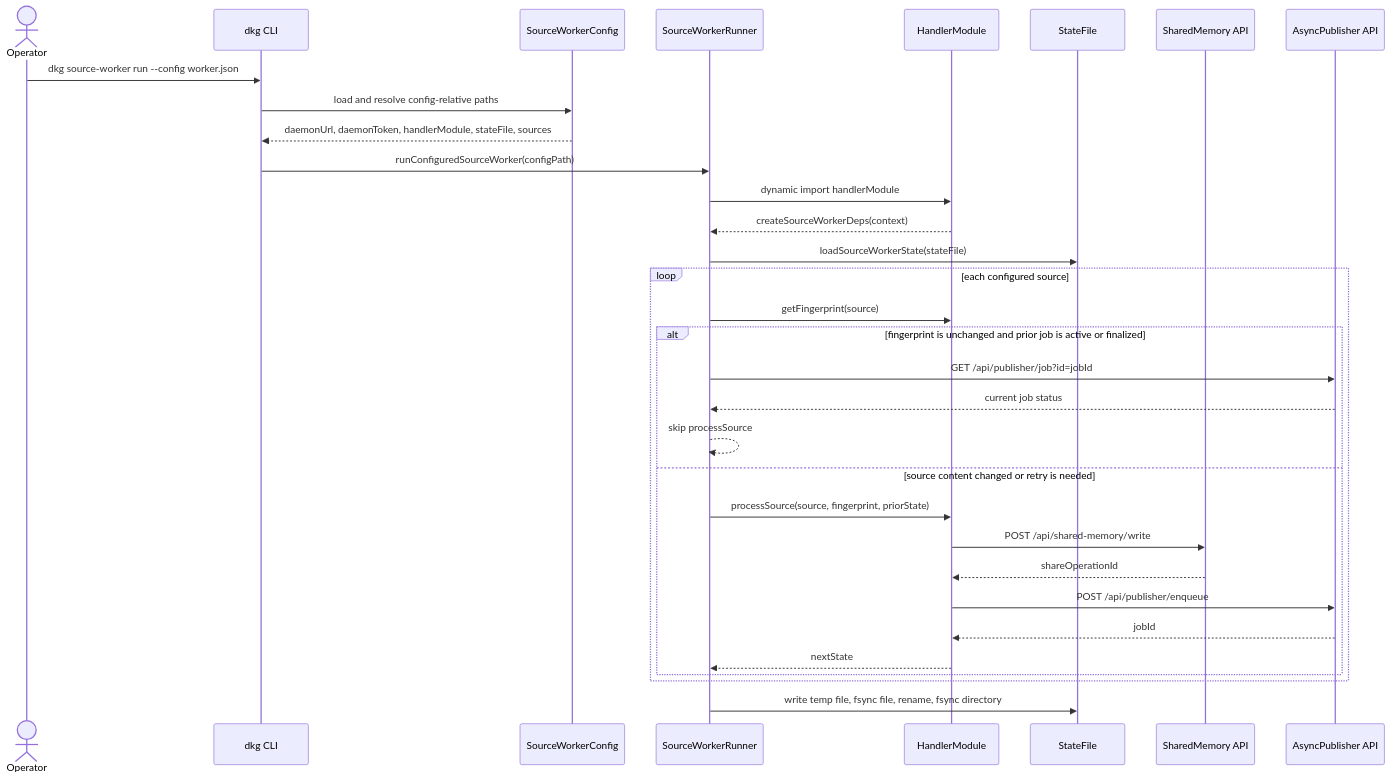
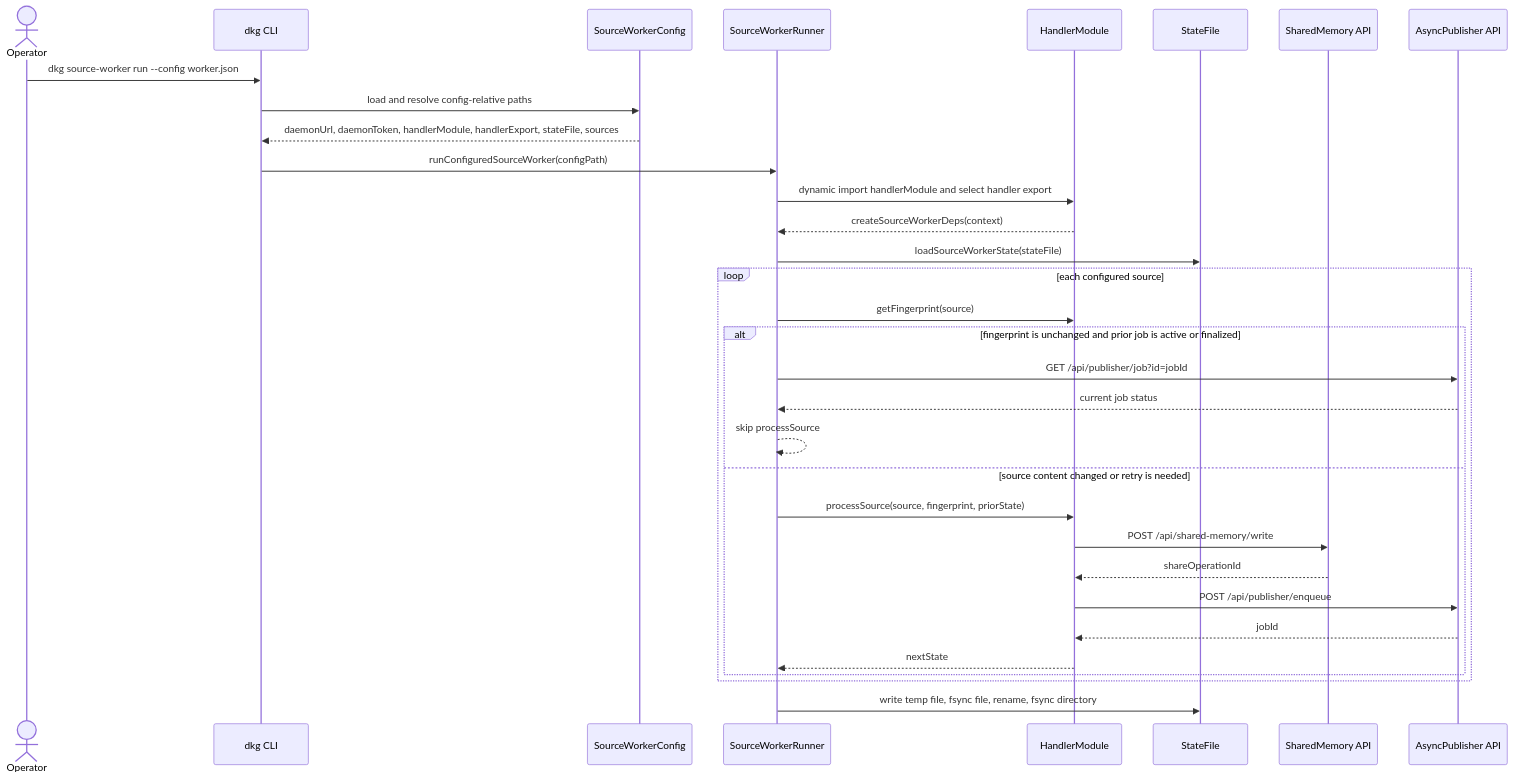
The second of 3 diagrams in ARCHITECTURE.md (KilianTrunk/dkg), drawn with Mermaid before and after one commit. The commit also changed other lines of this file and 4 other files, not shown here.

````diff
--- a/ARCHITECTURE.md
+++ b/ARCHITECTURE.md
@@ -103,35 +105,35 @@
 ```mermaid
 sequenceDiagram
 actor Operator
 participant CLI as dkg CLI
 participant Config as SourceWorkerConfig
 participant Runner as SourceWorkerRunner
 participant Handler as HandlerModule
 participant State as StateFile
 participant SWM as SharedMemory API
 participant Publisher as AsyncPublisher API
 
 Operator->>CLI: dkg source-worker run --config worker.json
 CLI->>Config: load and resolve config-relative paths
-Config-->>CLI: daemonUrl, daemonToken, handlerModule, stateFile, sources
+Config-->>CLI: daemonUrl, daemonToken, handlerModule, handlerExport, stateFile, sources
 CLI->>Runner: runConfiguredSourceWorker(configPath)
-Runner->>Handler: dynamic import handlerModule
+Runner->>Handler: dynamic import handlerModule and select handler export
 Handler-->>Runner: createSourceWorkerDeps(context)
 Runner->>State: loadSourceWorkerState(stateFile)
 loop each configured source
   Runner->>Handler: getFingerprint(source)
   alt fingerprint is unchanged and prior job is active or finalized
     Runner->>Publisher: GET /api/publisher/job?id=jobId
     Publisher-->>Runner: current job status
     Runner-->>Runner: skip processSource
   else source content changed or retry is needed
     Runner->>Handler: processSource(source, fingerprint, priorState)
     Handler->>SWM: POST /api/shared-memory/write
     SWM-->>Handler: shareOperationId
     Handler->>Publisher: POST /api/publisher/enqueue
     Publisher-->>Handler: jobId
     Handler-->>Runner: nextState
   end
 end
 Runner->>State: write temp file, fsync file, rename, fsync directory
 ```
````
